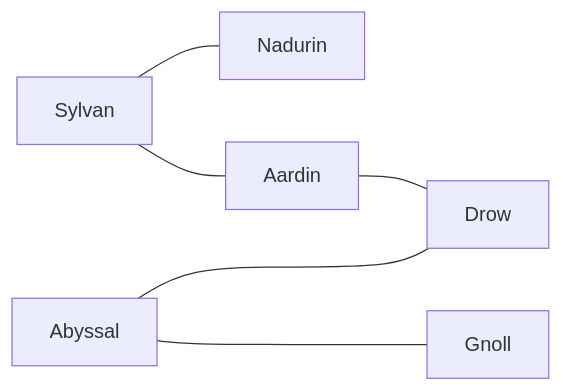
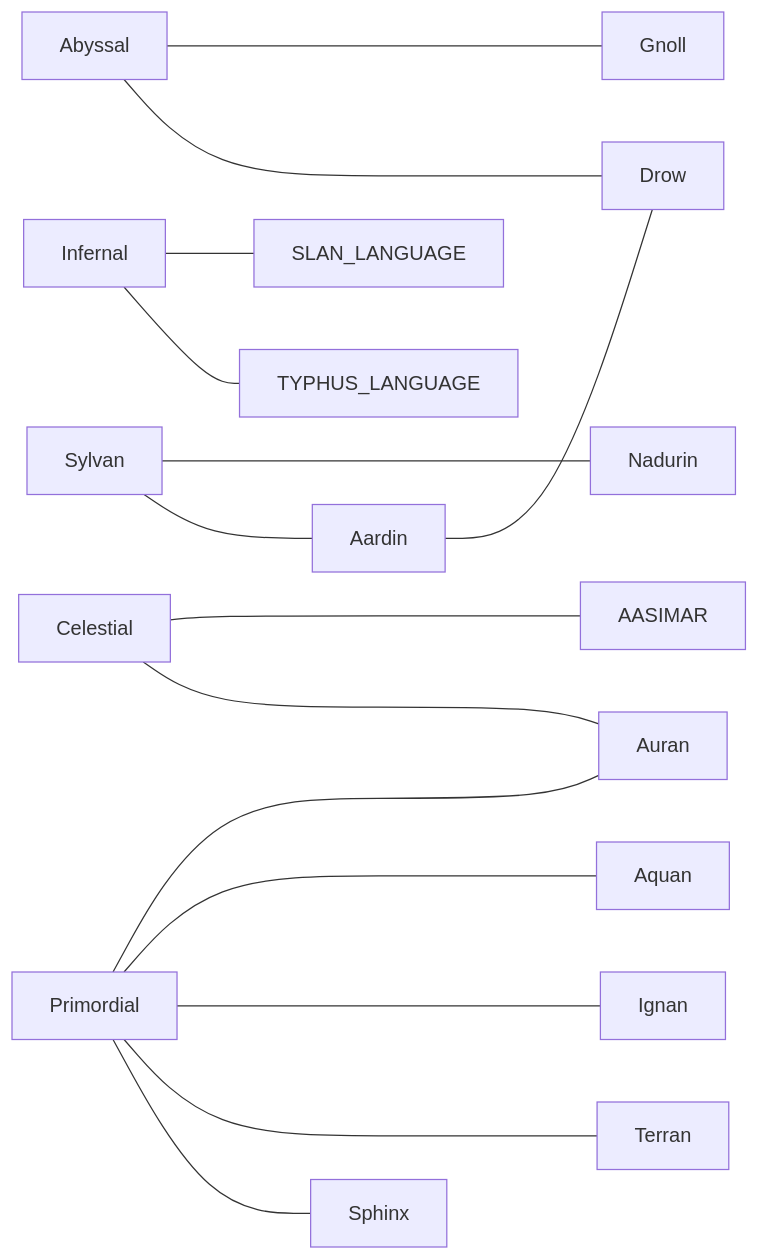
Before and after one commit to EricGomesGregory/DnD-Vault: the diagram in Vault/Spelljammer/Lore/Languages.md, drawn with Mermaid. The commit also changed 44 other files, not shown here.

````diff
--- a/Vault/Spelljammer/Lore/Languages.md
+++ b/Vault/Spelljammer/Lore/Languages.md
@@ -5,12 +5,24 @@
 ```mermaid
 flowchart LR
 
-Sylvan --- Nadurin
+Abyssal ---- Gnoll
+Abyssal ---- Drow
+
+Sylvan ---- Nadurin
 Sylvan --- Aardin
 
 Aardin --- Drow
 
-Abyssal ---- Gnoll
-Abyssal ---- Drow
+Celestial ---- AASIMAR
+Celestial ---- Auran
+
+Primordial ---- Auran
+Primordial ---- Aquan
+Primordial ---- Ignan
+Primordial ---- Terran
+Primordial --- Sphinx
+
+Infernal --- SLAN_LANGUAGE
+Infernal --- TYPHUS_LANGUAGE
 
 ```
````
